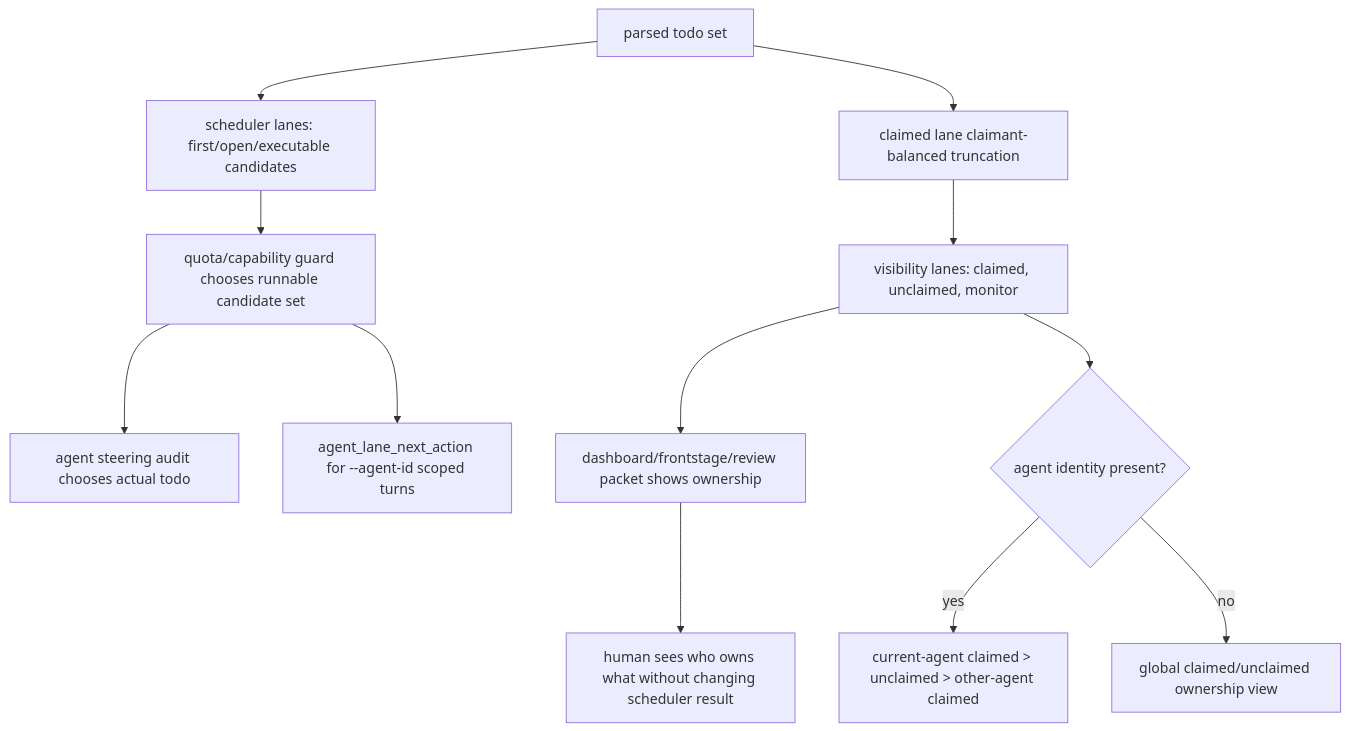
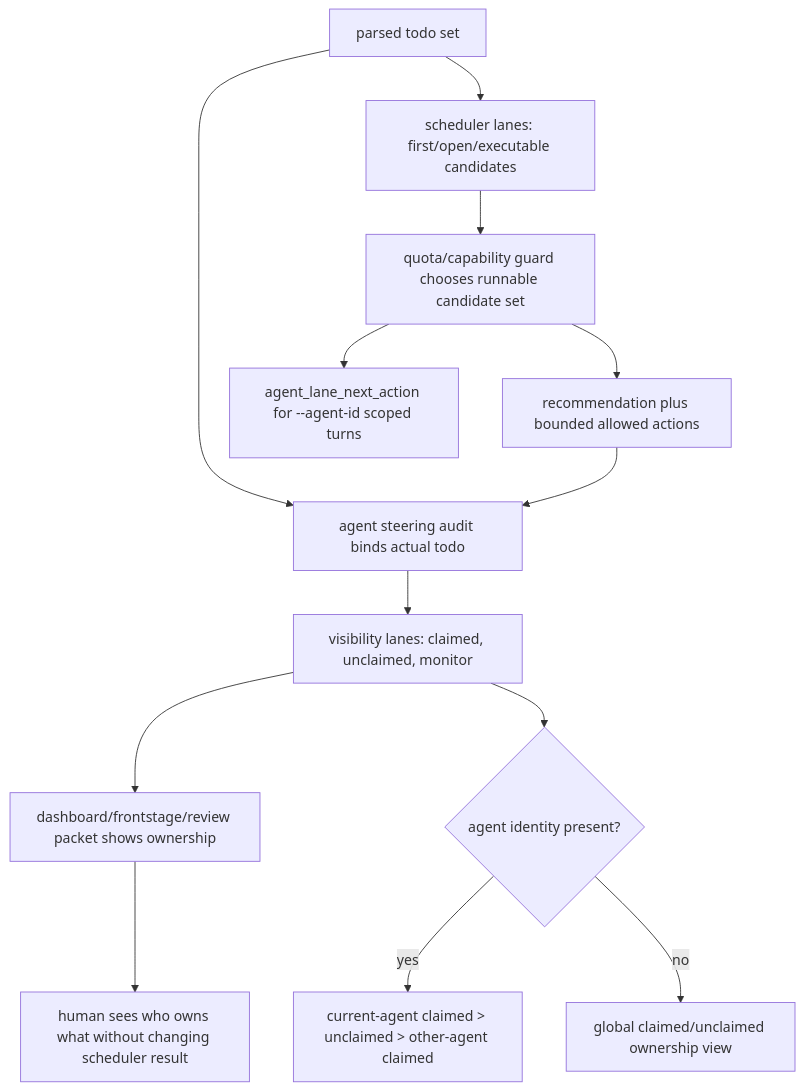
Diagram 22 of 31 in docs/concepts/interaction-pattern-catalog.md (huangruiteng/goal-harness), drawn with Mermaid before and after one commit. The commit also changed other lines of this file and 3 other files, not shown here.

Commit message:
docs(control-plane): disclose bounded agent selection

````diff
--- a/docs/concepts/interaction-pattern-catalog.md
+++ b/docs/concepts/interaction-pattern-catalog.md
@@ -1715,14 +1716,15 @@
 ```mermaid
 flowchart TD
   T["parsed todo set"] --> S["scheduler lanes: first/open/executable candidates"]
   T --> B["claimed lane claimant-balanced truncation"]
   B --> V["visibility lanes: claimed, unclaimed, monitor"]
   S --> Q["quota/capability guard chooses runnable candidate set"]
-  Q --> A["agent steering audit chooses actual todo"]
+  Q --> A["recommendation plus bounded allowed actions"]
+  A --> B["agent steering audit binds actual todo"]
   Q --> N["agent_lane_next_action for --agent-id scoped turns"]
   V --> F["dashboard/frontstage/review packet shows ownership"]
   V --> C{"agent identity present?"}
   C -->|"yes"| M["current-agent claimed > unclaimed > other-agent claimed"]
   C -->|"no"| G["global claimed/unclaimed ownership view"]
   F --> H["human sees who owns what without changing scheduler result"]
 ```
````
